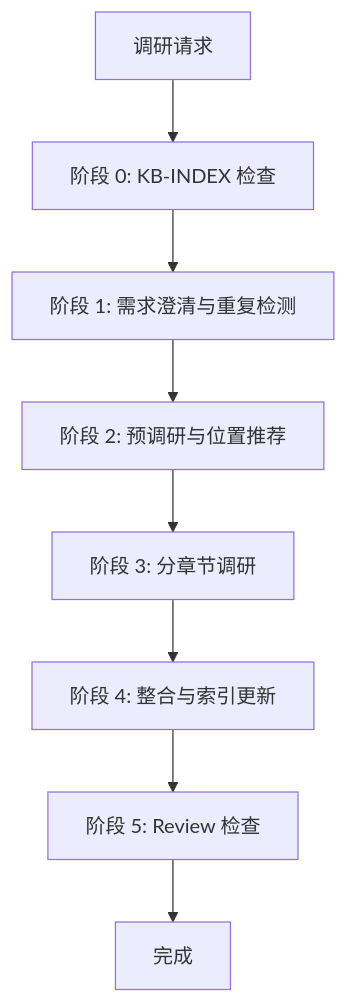
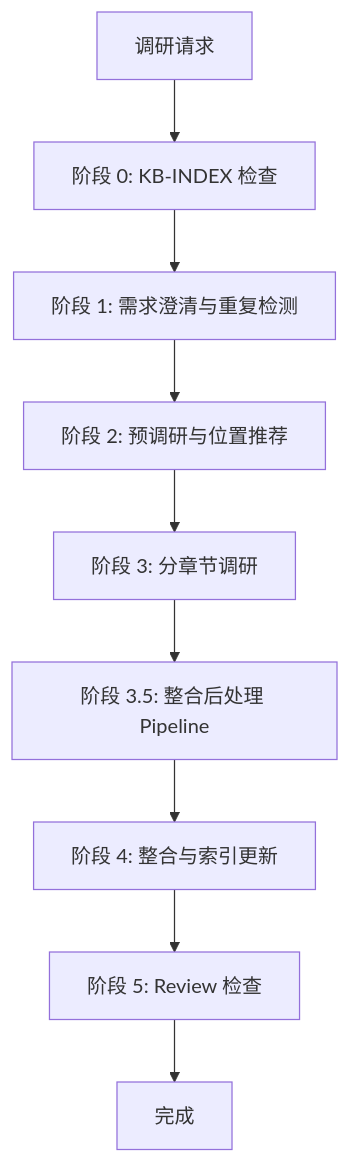
The diagram in .claude/skills/research/SKILL.md (JackSmith111977/Knowledge-Base), drawn with Mermaid before and after one commit. The commit also changed other lines of this file and 11 other files, not shown here.

````diff
--- a/.claude/skills/research/SKILL.md
+++ b/.claude/skills/research/SKILL.md
@@ -77,10 +140,11 @@
 ```mermaid
 flowchart TD
     Start[调研请求] --> Phase0[阶段 0: KB-INDEX 检查]
     Phase0 --> Phase1[阶段 1: 需求澄清与重复检测]
     Phase1 --> Phase2[阶段 2: 预调研与位置推荐]
     Phase2 --> Phase3[阶段 3: 分章节调研]
-    Phase3 --> Phase4[阶段 4: 整合与索引更新]
+    Phase3 --> Phase35[阶段 3.5: 整合后处理 Pipeline]
+    Phase35 --> Phase4[阶段 4: 整合与索引更新]
     Phase4 --> Phase5[阶段 5: Review 检查]
     Phase5 --> Complete[完成]
 ```
````
